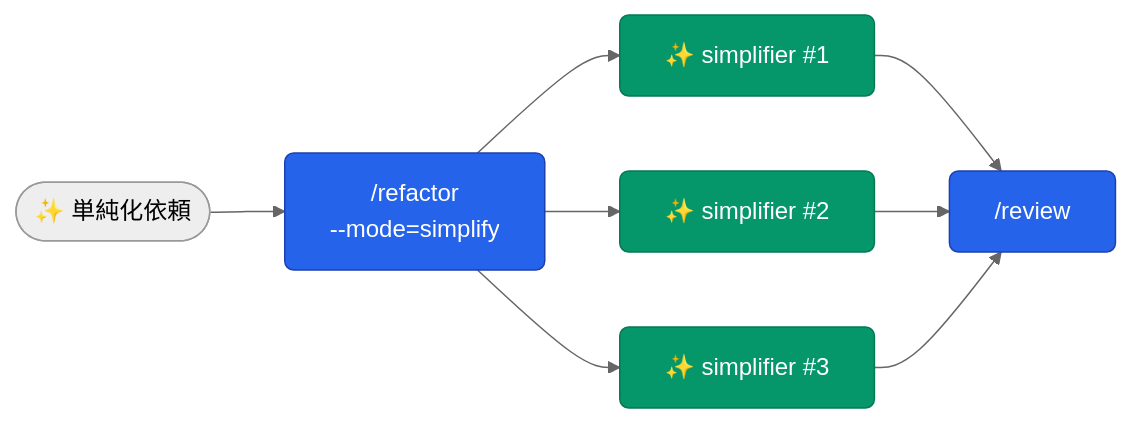
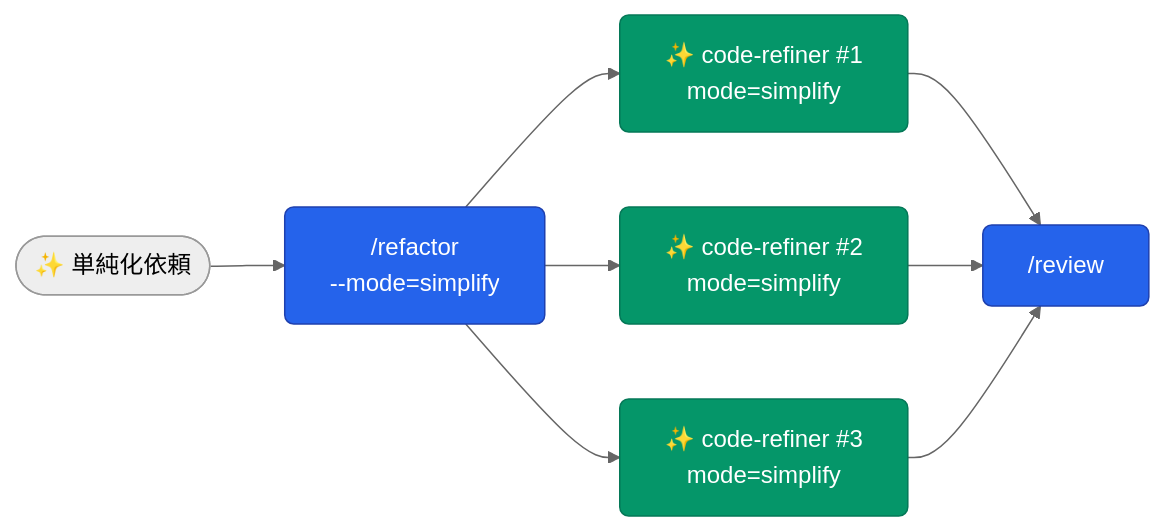
The fourth of 12 diagrams in README.md (aokumablue/claq), drawn with Mermaid (neutral theme) before and after one commit. The commit also changed other lines of this file and 9 other files, not shown here.

First line of the commit message:
refactor(agents): simplifier/dead-code-cleaner/perf-optimizer を code-refiner へ統合

````diff
--- a/README.md
+++ b/README.md
@@ -246,11 +246,11 @@
 ```mermaid
 flowchart LR
   classDef cmd    fill:#2563eb,stroke:#1e40af,color:#fff,rx:6
   classDef agent  fill:#059669,stroke:#047857,color:#fff,rx:6
 
   U(["✨ 単純化依頼"]) --> CREF["/refactor<br/>--mode=simplify"]:::cmd
-  CREF --> AS1["✨ simplifier #1"]:::agent
-  CREF --> AS2["✨ simplifier #2"]:::agent
-  CREF --> AS3["✨ simplifier #3"]:::agent
+  CREF --> AS1["✨ code-refiner #1<br/>mode=simplify"]:::agent
+  CREF --> AS2["✨ code-refiner #2<br/>mode=simplify"]:::agent
+  CREF --> AS3["✨ code-refiner #3<br/>mode=simplify"]:::agent
   AS1 & AS2 & AS3 --> CR["/review"]:::cmd
 ```
````
